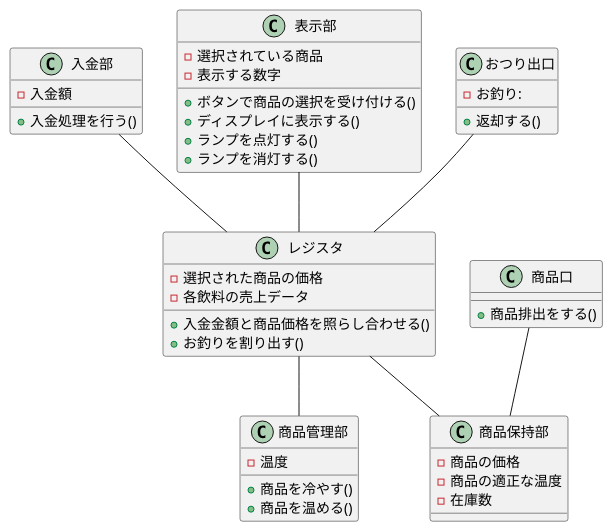
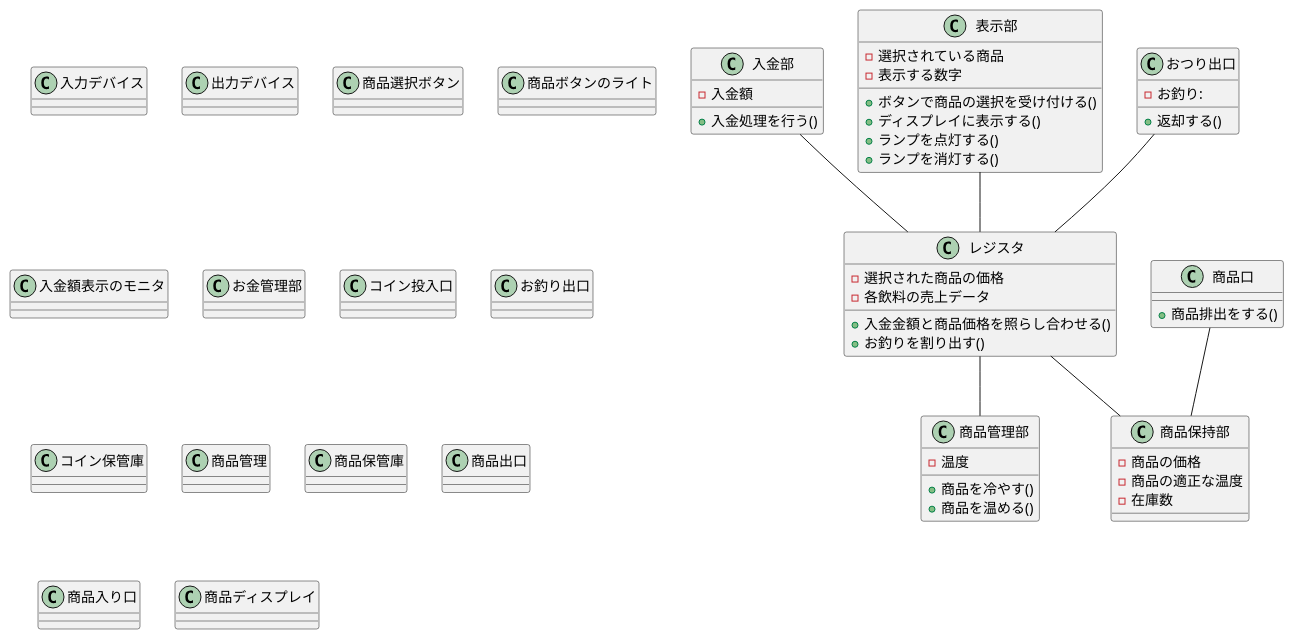
The diagram in kattsun17/Q03/class.pu (SLP-ETR-public/plantUML-recture), drawn with PlantUML before and after one commit. The commit also changed 1 other file, not shown here.

```diff
--- a/kattsun17/Q03/class.pu
+++ b/kattsun17/Q03/class.pu
@@ -1,52 +1,109 @@
 @startuml
+
+class 入力デバイス {
+
+}
+
+class 出力デバイス {
+
+}
+
+class 商品選択ボタン {
+
+}
+
+class 商品ボタンのライト {
+
+}
+
+class 入金額表示のモニタ {
+
+}
+
+class お金管理部 {
+
+}
+
+class コイン投入口 {
+
+}
+
+class お釣り出口 {
+
+}
+
+class コイン保管庫 {
+
+}
+
+class 商品管理 {
+
+}
+
+class 商品保管庫 {
+
+}
+
+class 商品出口 {
+
+}
+
+class 商品入り口 {
+
+}
+
+class 商品ディスプレイ {
+
+}
+
 
 
 class 入金部 {
     - 入金額
     + 入金処理を行う()
 }
 
 class 表示部 {
     - 選択されている商品
     - 表示する数字
     + ボタンで商品の選択を受け付ける()
     + ディスプレイに表示する()
     + ランプを点灯する()
     + ランプを消灯する()
 }
 
 class レジスタ {
     - 選択された商品の価格
     - 各飲料の売上データ
     + 入金金額と商品価格を照らし合わせる()
     + お釣りを割り出す()
 }
 
 class おつり出口 {
     - お釣り:
     + 返却する()
 }
 
 class 商品管理部 {
     - 温度
     + 商品を冷やす()
     + 商品を温める()
 }
 
 class 商品保持部 {
     - 商品の価格
     - 商品の適正な温度
     - 在庫数
 }
 
 class 商品口 {
     + 商品排出をする()
 } 
 
 レジスタ -- 商品保持部
 商品口 -- 商品保持部
 おつり出口 -- レジスタ
 入金部 -- レジスタ
 レジスタ -- 商品管理部
 表示部 -- レジスタ
 @enduml
```
